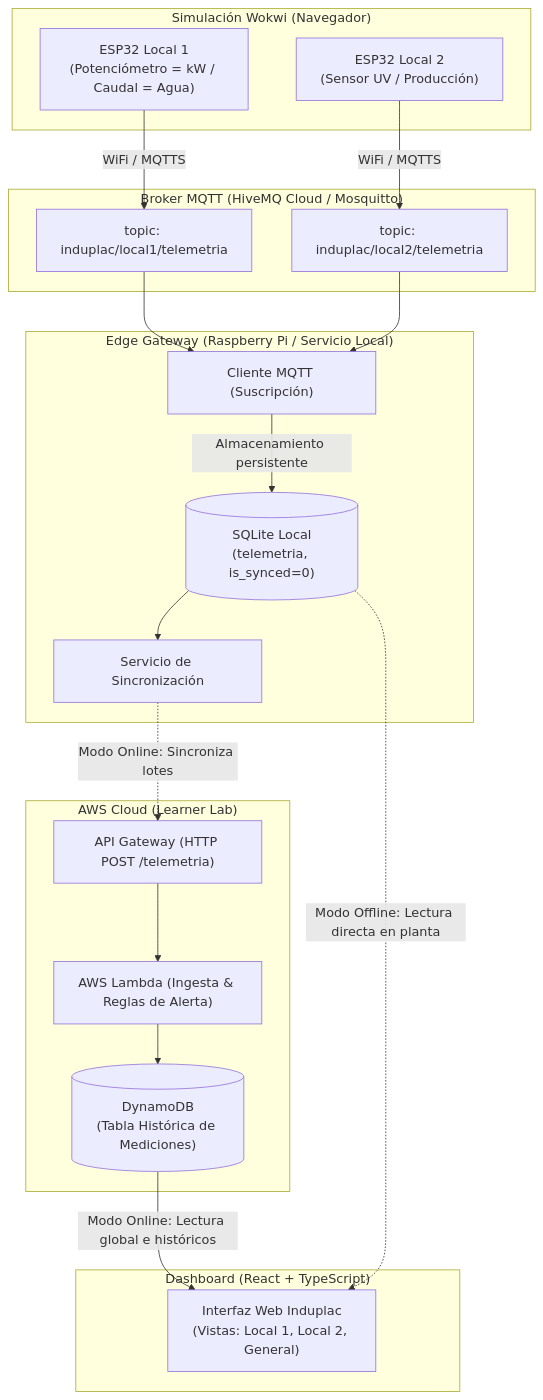
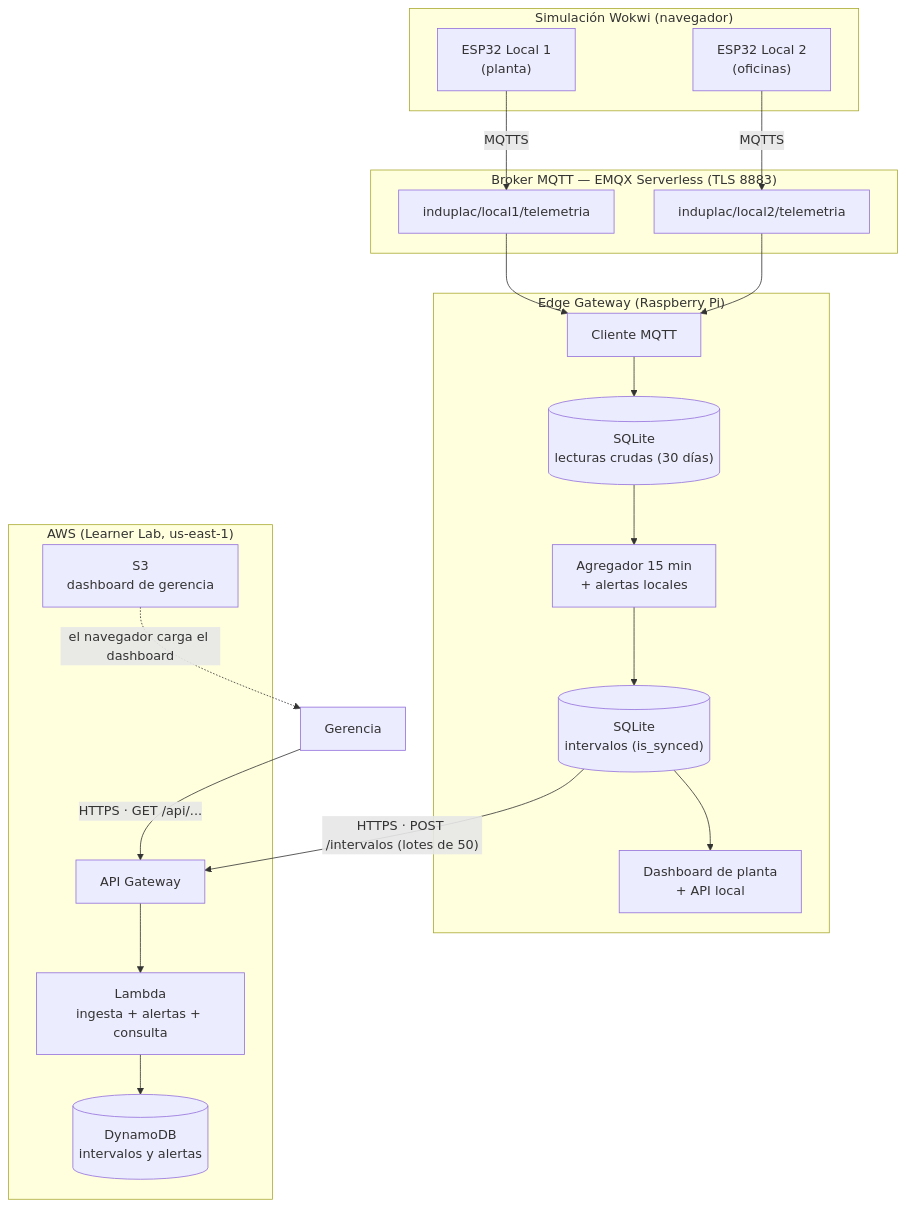
The second of 3 diagrams in README.md (Aburahamu20/Induplac), drawn with Mermaid before and after one commit. The commit also changed other lines of this file and 1 other file, not shown here.

````diff
--- a/README.md
+++ b/README.md
@@ -541,45 +562,38 @@
 ```mermaid
 flowchart TD
-    subgraph WOKWI["Simulación Wokwi (Navegador)"]
-        ESP1["ESP32 Local 1<br/>(Potenciómetro = kW / Caudal = Agua)"]
-        ESP2["ESP32 Local 2<br/>(Sensor UV / Producción)"]
+    subgraph WOKWI["Simulación Wokwi (navegador)"]
+        ESP1["ESP32 Local 1<br/>(planta)"]
+        ESP2["ESP32 Local 2<br/>(oficinas)"]
     end
 
-    subgraph BROKER["Broker MQTT (HiveMQ Cloud / Mosquitto)"]
-        Topic1["topic: induplac/local1/telemetria"]
-        Topic2["topic: induplac/local2/telemetria"]
+    subgraph BROKER["Broker MQTT — EMQX Serverless (TLS 8883)"]
+        T1["induplac/local1/telemetria"]
+        T2["induplac/local2/telemetria"]
     end
 
-    subgraph EDGE["Edge Gateway (Raspberry Pi / Servicio Local)"]
-        ClientMQTT["Cliente MQTT (Suscripción)"]
-        DBLocal[("SQLite Local<br/>(telemetria, is_synced=0)")]
-        SyncService["Servicio de Sincronización"]
+    subgraph EDGE["Edge Gateway (Raspberry Pi)"]
+        MQ["Cliente MQTT"]
+        CRUDO[("SQLite<br/>lecturas crudas (30 días)")]
+        AGR["Agregador 15 min<br/>+ alertas locales"]
+        INT[("SQLite<br/>intervalos (is_synced)")]
+        DLOC["Dashboard de planta<br/>+ API local"]
     end
 
-    subgraph AWS["AWS Cloud (Learner Lab)"]
-        APIGW["API Gateway (HTTP POST /telemetria)"]
-        Lambda["AWS Lambda (Ingesta & Reglas de Alerta)"]
-        Dynamo[("DynamoDB<br/>(Tabla Histórica de Mediciones)")]
+    subgraph AWS["AWS (Learner Lab, us-east-1)"]
+        APIGW["API Gateway"]
+        LAMBDA["Lambda<br/>ingesta + alertas + consulta"]
+        DDB[("DynamoDB<br/>intervalos y alertas")]
+        S3["S3<br/>dashboard de gerencia"]
     end
 
-    subgraph DASHBOARD["Dashboard (React + TypeScript)"]
-        UI["Interfaz Web Induplac<br/>(Vistas: Local 1, Local 2, General)"]
-    end
-
-    %% Conexiones de datos
-    ESP1 -->|WiFi / MQTTS| Topic1
-    ESP2 -->|WiFi / MQTTS| Topic2
-    Topic1 --> ClientMQTT
-    Topic2 --> ClientMQTT
-
-    ClientMQTT -->|Almacenamiento persistente| DBLocal
-    DBLocal --> SyncService
-
-    %% Estados Online / Offline
-    SyncService -.->|Modo Online: Sincroniza lotes| APIGW
-    APIGW --> Lambda
-    Lambda --> Dynamo
-
-    Dynamo -->|Modo Online: Lectura global e históricos| UI
-    DBLocal -.->|Modo Offline: Lectura directa en planta| UI
+    ESP1 -->|MQTTS| T1
+    ESP2 -->|MQTTS| T2
+    T1 --> MQ
+    T2 --> MQ
+    MQ --> CRUDO --> AGR --> INT
+    INT --> DLOC
+    INT -->|"HTTPS · POST /intervalos (lotes de 50)"| APIGW
+    APIGW --> LAMBDA --> DDB
+    S3 -.->|"el navegador carga el dashboard"| USR["Gerencia"]
+    USR -->|"HTTPS · GET /api/..."| APIGW
 ```
````
